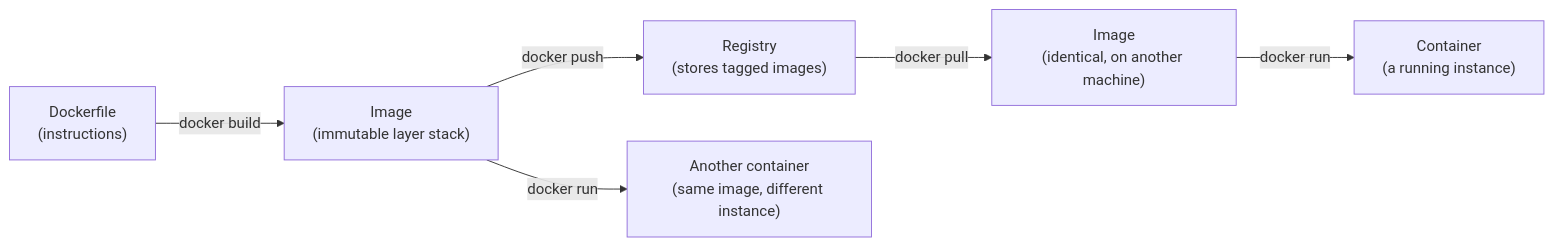
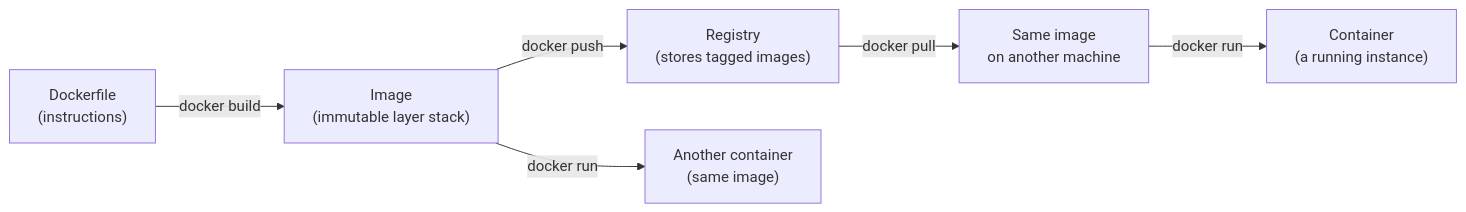
One commit to francoandreDev/knowledge changed the first of 2 diagrams in src/content/infra-delivery/docker/L2-concept.mdx. Above: the diagram before and after it, drawn with Mermaid. The commit also changed other lines of this file and 3 other files, not shown here.

````diff
--- a/src/content/infra-delivery/docker/L2-concept.mdx
+++ b/src/content/infra-delivery/docker/L2-concept.mdx
@@ -46,8 +50,8 @@
 ```mermaid
 flowchart LR
-    Dockerfile["Dockerfile\n(instructions)"] -- "docker build" --> Image["Image\n(immutable layer stack)"]
-    Image -- "docker push" --> Registry["Registry\n(stores tagged images)"]
-    Registry -- "docker pull" --> Image2["Image\n(identical, on another machine)"]
-    Image2 -- "docker run" --> Container["Container\n(a running instance)"]
-    Image -- "docker run" --> Container2["Another container\n(same image, different instance)"]
+    Dockerfile["Dockerfile<br/>(instructions)"] -- "docker build" --> Image["Image<br/>(immutable layer stack)"]
+    Image -- "docker push" --> Registry["Registry<br/>(stores tagged images)"]
+    Registry -- "docker pull" --> Image2["Same image<br/>on another machine"]
+    Image2 -- "docker run" --> Container["Container<br/>(a running instance)"]
+    Image -- "docker run" --> Container2["Another container<br/>(same image)"]
 ```
````
